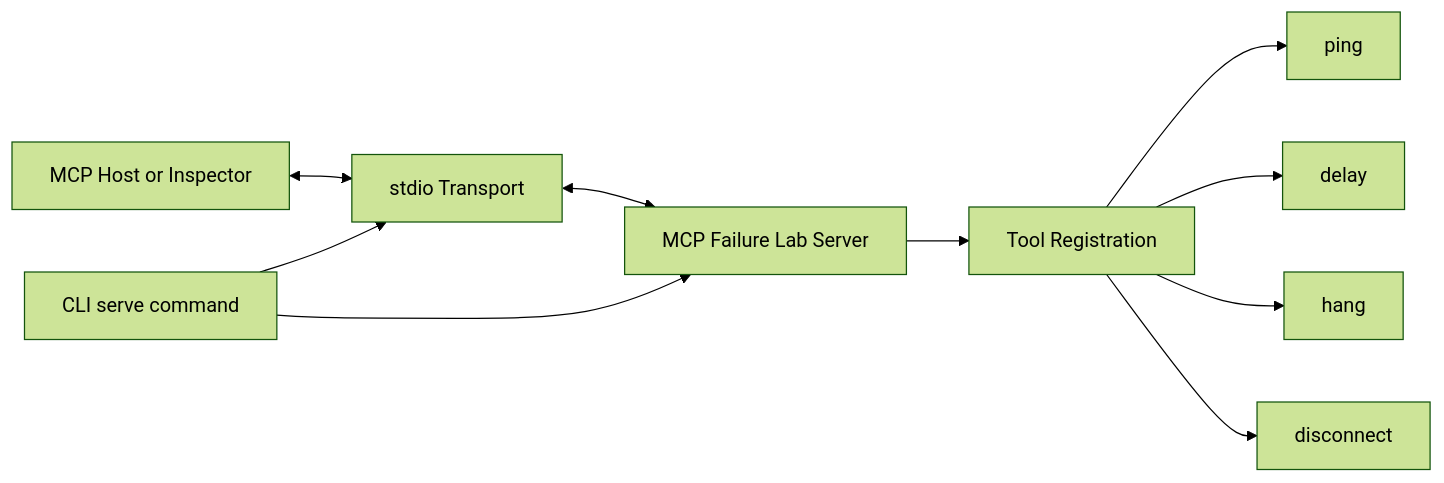
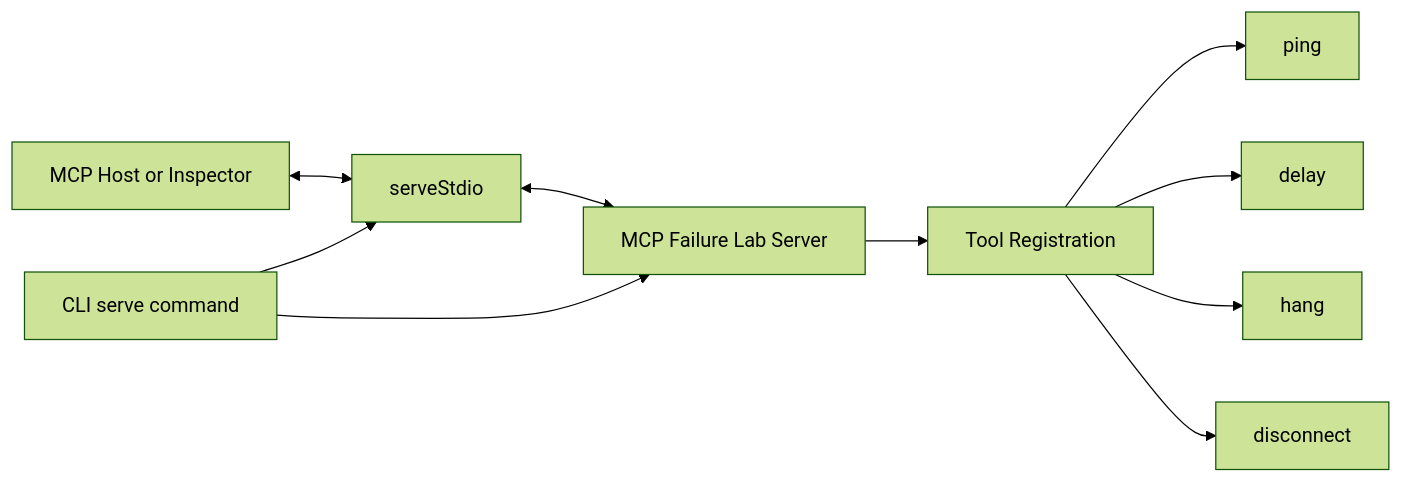
The first of 3 diagrams in src/content/docs/docs/architecture.mdx (anilloutombam/mcplab.dev), drawn with Mermaid (forest theme) before and after one commit. The commit also changed other lines of this file and 2 other files, not shown here.

Commit message:
docs: document MCP SDK v2 architecture (#9)

````diff
--- a/src/content/docs/docs/architecture.mdx
+++ b/src/content/docs/docs/architecture.mdx
@@ -10,12 +10,12 @@
 ```mermaid
 graph LR
-    Host[MCP Host or Inspector] <--> Transport[stdio Transport]
-    Transport <--> Server[MCP Failure Lab Server]
+    Host[MCP Host or Inspector] <--> Entry[serveStdio]
+    Entry <--> Server[MCP Failure Lab Server]
     Server --> Registration[Tool Registration]
     Registration --> Ping[ping]
     Registration --> Delay[delay]
     Registration --> Hang[hang]
     Registration --> Disconnect[disconnect]
-    CLI[CLI serve command] --> Transport
+    CLI[CLI serve command] --> Entry
     CLI --> Server
 ```
````
